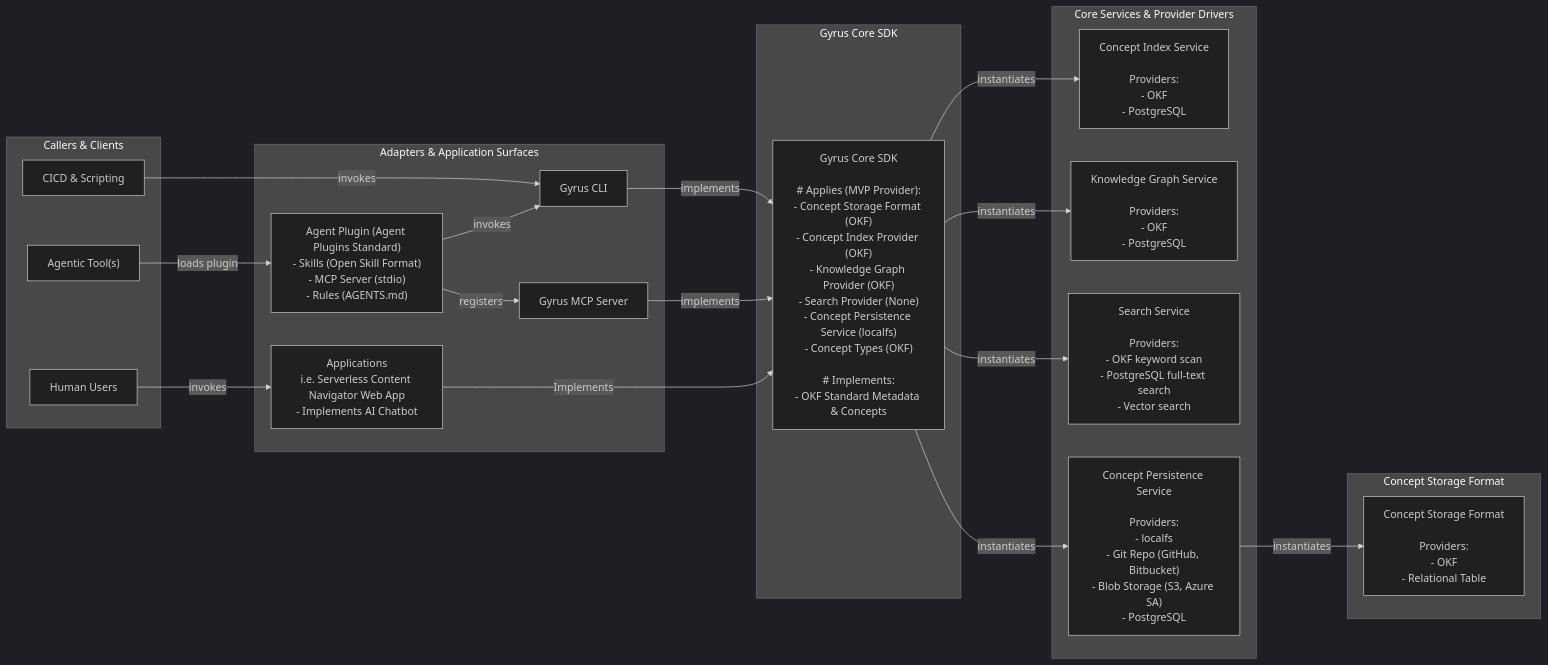
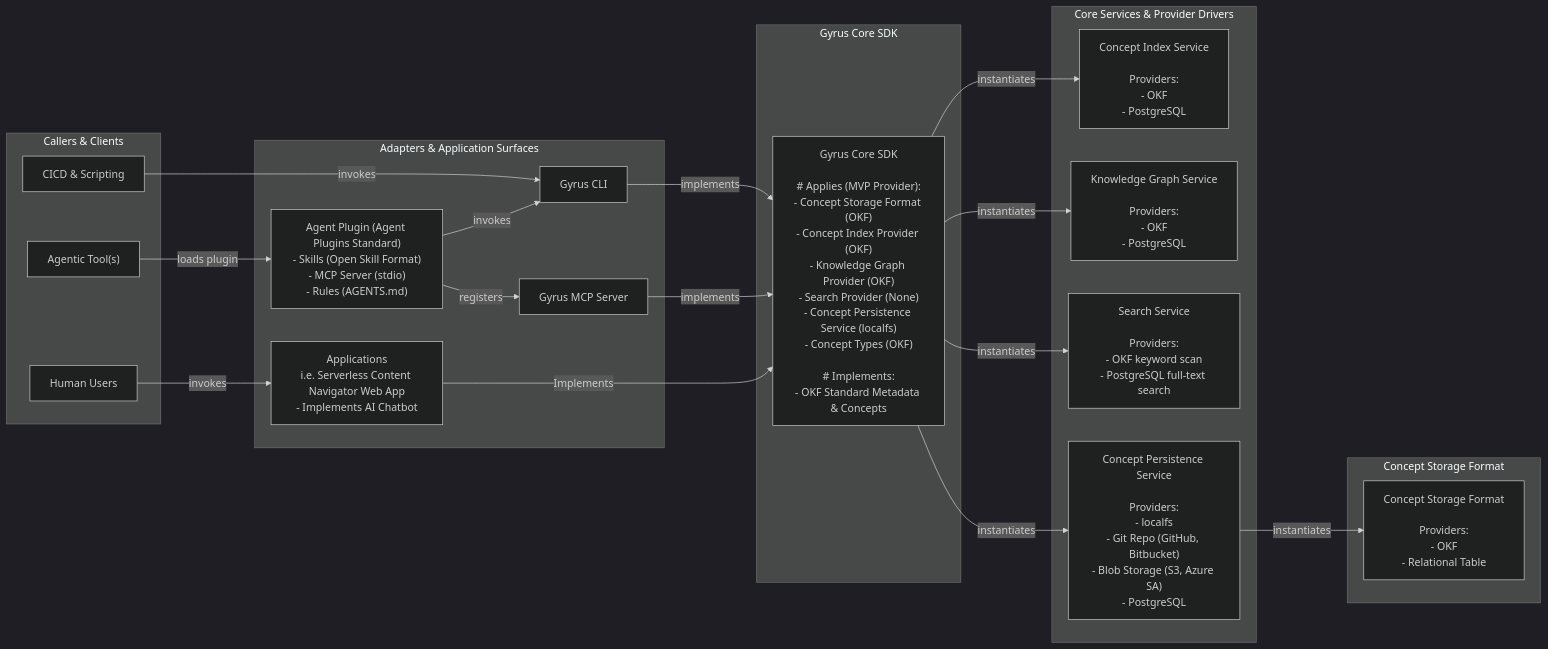
The first of 3 diagrams in .gyrus/concepts/root/reference/guide-001-system-architecture.md (armckinney/gyrus), drawn with Mermaid (dark theme) before and after one commit. The commit also changed other lines of this file and 37 other files, not shown here.

First line of the commit message:
Refactor search provider implementation: remove vector search support

````diff
--- a/.gyrus/concepts/root/reference/guide-001-system-architecture.md
+++ b/.gyrus/concepts/root/reference/guide-001-system-architecture.md
@@ -24,49 +24,49 @@
 ```mermaid
 graph LR
     subgraph Clients ["Callers & Clients"]
         CICD["CICD & Scripting"]
         AgentTools["Agentic Tool(s)"]
         Humans["Human Users"]
     end
 
     subgraph Interface ["Adapters & Application Surfaces"]
         Plugin["Agent Plugin (Agent Plugins Standard)\n- Skills (Open Skill Format)\n- MCP Server (stdio)\n- Rules (AGENTS.md)"]
         CLI["Gyrus CLI"]
         MCP["Gyrus MCP Server"]
         Apps["Applications\ni.e. Serverless Content Navigator Web App\n- Implements AI Chatbot"]
     end
 
     subgraph Core ["Gyrus Core SDK"]
         CoreSDK["Gyrus Core SDK\n\n# Applies (MVP Provider):\n- Concept Storage Format (OKF)\n- Concept Index Provider (OKF)\n- Knowledge Graph Provider (OKF)\n- Search Provider (None)\n- Concept Persistence Service (localfs)\n- Concept Types (OKF)\n\n# Implements:\n- OKF Standard Metadata & Concepts"]
     end
 
     subgraph Services ["Core Services & Provider Drivers"]
         IndexSvc["Concept Index Service\n\nProviders:\n- OKF\n- PostgreSQL"]
         GraphSvc["Knowledge Graph Service\n\nProviders:\n- OKF\n- PostgreSQL"]
-        SearchSvc["Search Service\n\nProviders:\n- OKF keyword scan\n- PostgreSQL full-text search\n- Vector search"]
+        SearchSvc["Search Service\n\nProviders:\n- OKF keyword scan\n- PostgreSQL full-text search"]
         PersistSvc["Concept Persistence Service\n\nProviders:\n- localfs\n- Git Repo (GitHub, Bitbucket)\n- Blob Storage (S3, Azure SA)\n- PostgreSQL"]
     end
 
     subgraph Storage ["Concept Storage Format"]
         StorageFmt["Concept Storage Format\n\nProviders:\n- OKF\n- Relational Table"]
     end
 
     %% Client and Adapter Relations
     CICD -->|invokes| CLI
     AgentTools -->|loads plugin| Plugin
     Plugin -->|invokes| CLI
     Plugin -->|registers| MCP
     CLI -->|implements| CoreSDK
     MCP -->|implements| CoreSDK
     Humans -->|invokes| Apps
     Apps -->|Implements| CoreSDK
 
     %% Core SDK Services Relations
     CoreSDK -->|instantiates| IndexSvc
     CoreSDK -->|instantiates| GraphSvc
     CoreSDK -->|instantiates| SearchSvc
     CoreSDK -->|instantiates| PersistSvc
 
     %% Persistence to Storage Format
     PersistSvc -->|instantiates| StorageFmt
 ```
````
